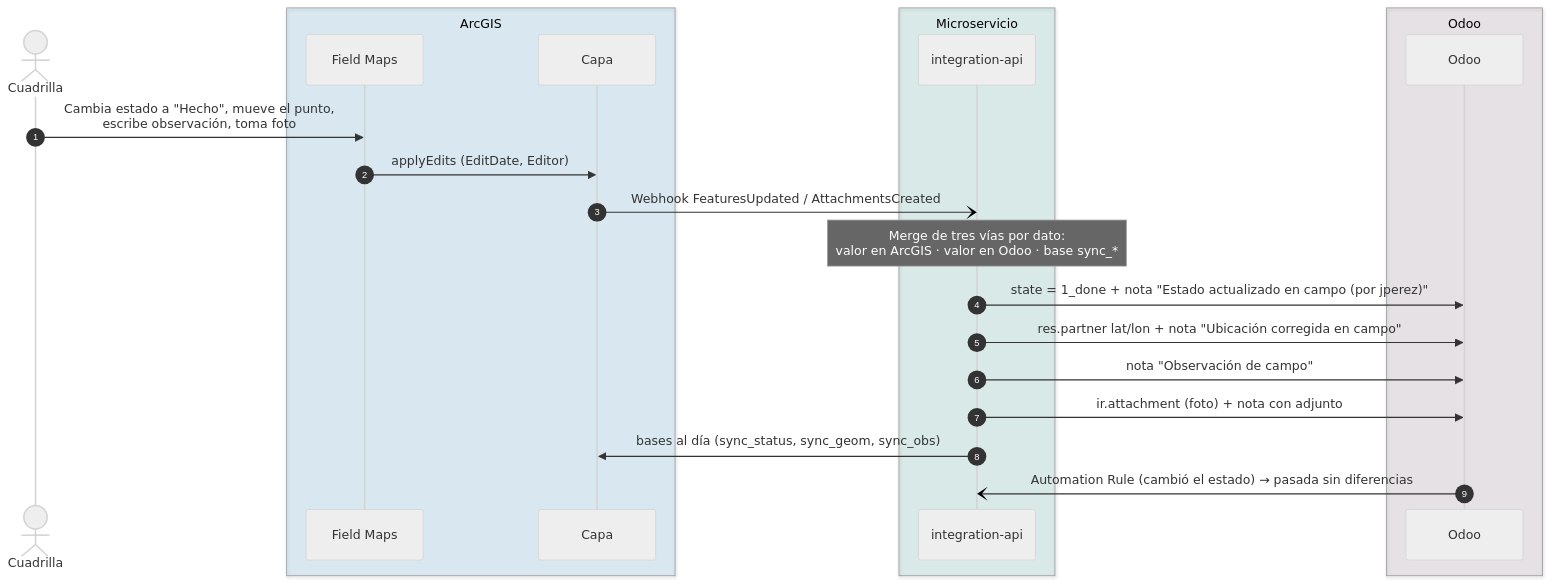
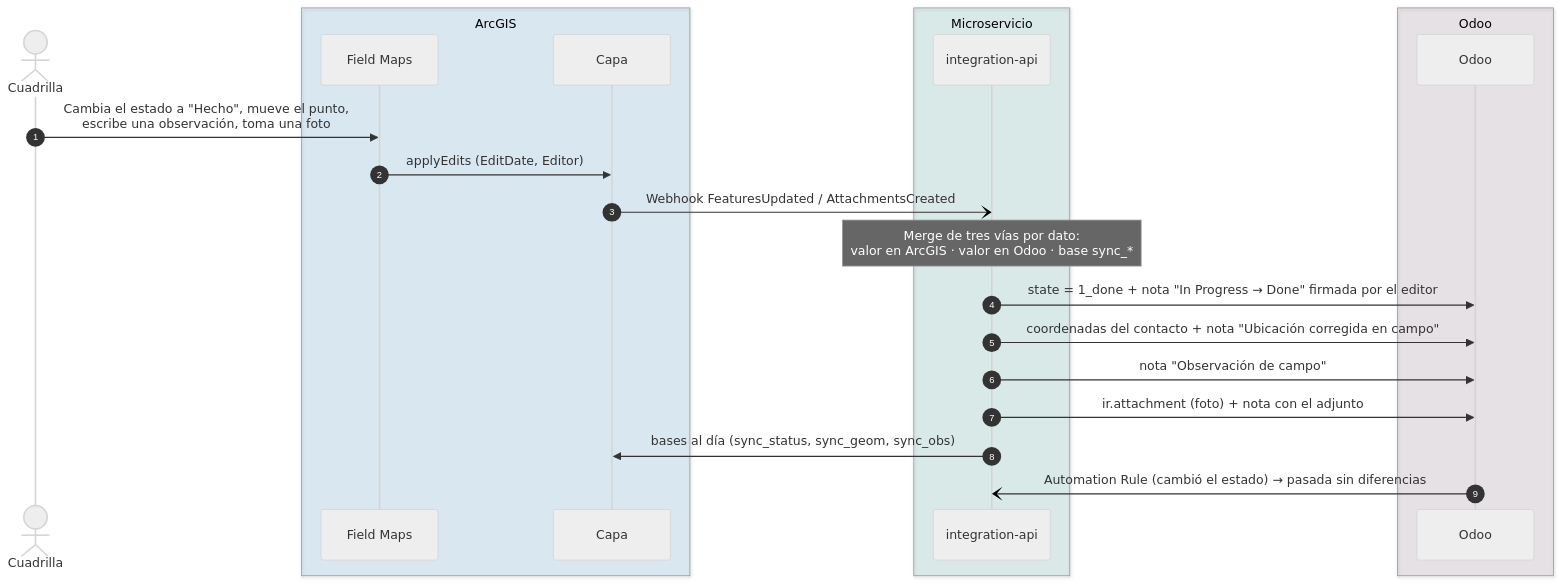
Before and after one commit to osbonilla/IntegracionOdooArcGIS: the sixth of 9 diagrams in README.md, drawn with Mermaid (neutral theme). The commit also changed other lines of this file and 6 other files, not shown here.

````diff
--- a/README.md
+++ b/README.md
@@ -538,26 +780,26 @@
 ```mermaid
 sequenceDiagram
     autonumber
     actor Q as Cuadrilla
     box rgba(0,121,193,0.12) ArcGIS
         participant FM as Field Maps
         participant L as Capa
     end
     box rgba(0,137,123,0.12) Microservicio
         participant API as integration-api
     end
     box rgba(113,75,103,0.12) Odoo
         participant O as Odoo
     end
 
-    Q->>FM: Cambia estado a "Hecho", mueve el punto,<br/>escribe observación, toma foto
+    Q->>FM: Cambia el estado a "Hecho", mueve el punto,<br/>escribe una observación, toma una foto
     FM->>L: applyEdits (EditDate, Editor)
     L-)API: Webhook FeaturesUpdated / AttachmentsCreated
     Note over API: Merge de tres vías por dato:<br/>valor en ArcGIS · valor en Odoo · base sync_*
-    API->>O: state = 1_done + nota "Estado actualizado en campo (por jperez)"
-    API->>O: res.partner lat/lon + nota "Ubicación corregida en campo"
+    API->>O: state = 1_done + nota "In Progress → Done" firmada por el editor
+    API->>O: coordenadas del contacto + nota "Ubicación corregida en campo"
     API->>O: nota "Observación de campo"
-    API->>O: ir.attachment (foto) + nota con adjunto
+    API->>O: ir.attachment (foto) + nota con el adjunto
     API->>L: bases al día (sync_status, sync_geom, sync_obs)
     O-)API: Automation Rule (cambió el estado) → pasada sin diferencias
 ```
````
